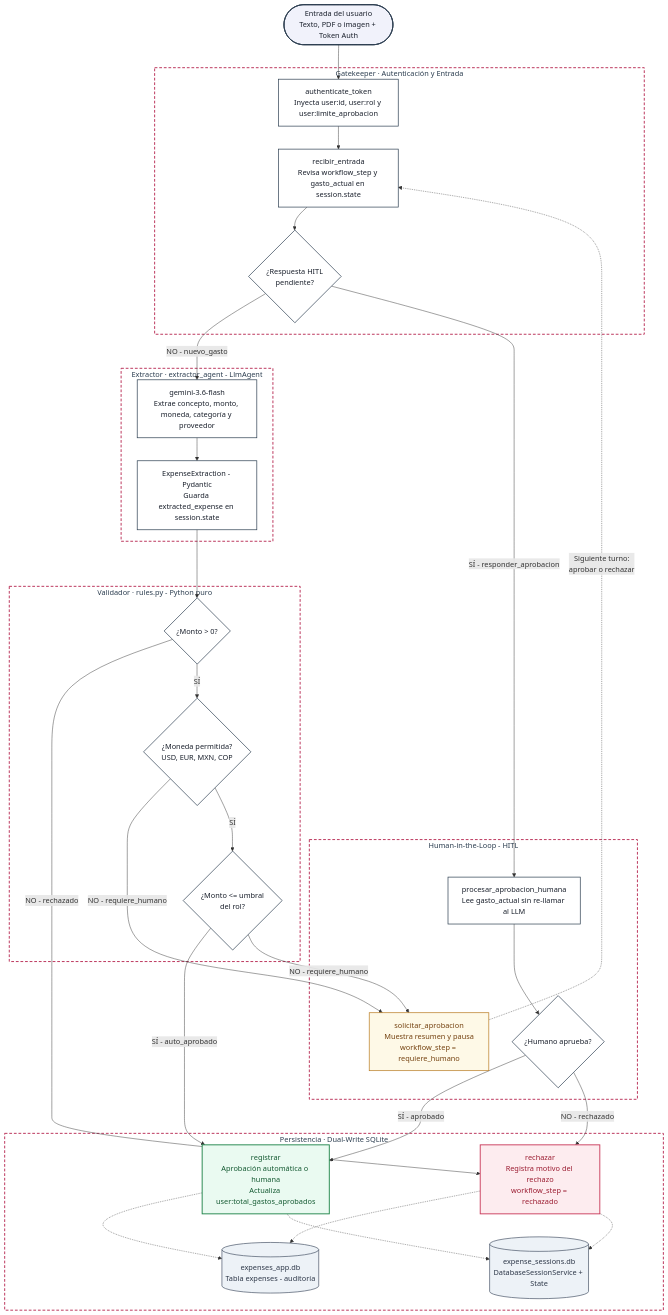
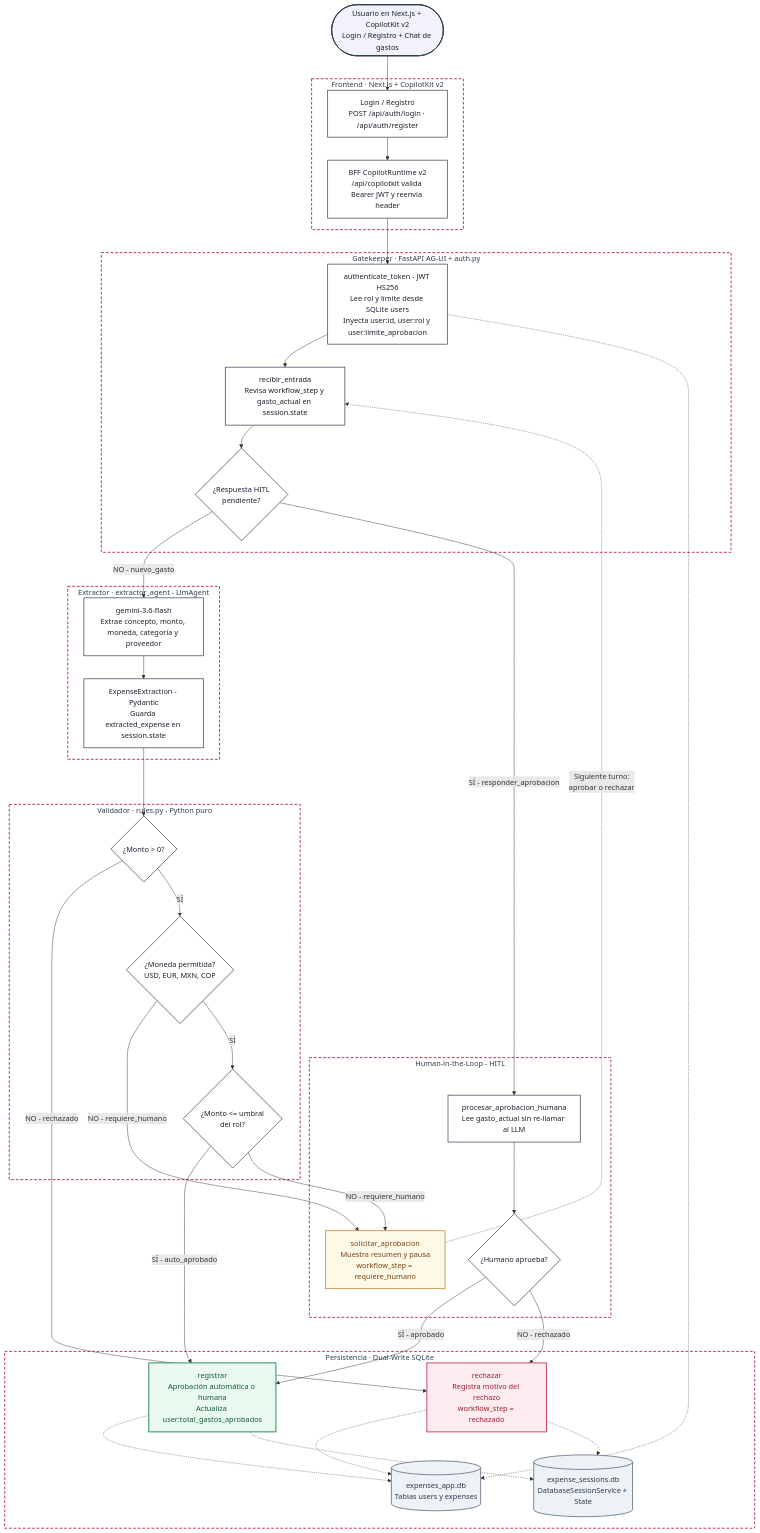
Before and after one commit to sandrarairan/expense-approval-agent: the diagram in README.md, drawn with Mermaid. The commit also changed other lines of this file and 17 other files, not shown here.

Commit message:
Add AG-UI FastAPI server, multi-user SQLite + JWT auth, Next.js CopilotKit v2 frontend, and updated README

````diff
--- a/README.md
+++ b/README.md
@@ -12,9 +14,14 @@
 ```mermaid
 flowchart TD
-    Start(["Entrada del usuario<br/>Texto, PDF o imagen + Token Auth"])
+    Start(["Usuario en Next.js + CopilotKit v2<br/>Login / Registro + Chat de gastos"])
 
-    subgraph AuthEntry["Gatekeeper · Autenticación y Entrada"]
-        Auth["authenticate_token<br/>Inyecta user:id, user:rol y user:limite_aprobacion"]
+    subgraph Frontend["Frontend · Next.js + CopilotKit v2"]
+        LoginUI["Login / Registro<br/>POST /api/auth/login · /api/auth/register"]
+        BffRoute["BFF CopilotRuntime v2<br/>/api/copilotkit valida Bearer JWT y reenvía header"]
+    end
+
+    subgraph AuthEntry["Gatekeeper · FastAPI AG-UI + auth.py"]
+        Auth["authenticate_token - JWT HS256<br/>Lee rol y límite desde SQLite users<br/>Inyecta user:id, user:rol y user:limite_aprobacion"]
         Router["recibir_entrada<br/>Revisa workflow_step y gasto_actual en session.state"]
         IsHitl{"¿Respuesta HITL<br/>pendiente?"}
     end
@@ -39,11 +46,13 @@
     subgraph Persistence["Persistencia · Dual-Write SQLite"]
         ApproveNode["registrar<br/>Aprobación automática o humana<br/>Actualiza user:total_gastos_aprobados"]
         RejectNode["rechazar<br/>Registra motivo del rechazo<br/>workflow_step = rechazado"]
-        AppDB[("expenses_app.db<br/>Tabla expenses - auditoría")]
+        AppDB[("expenses_app.db<br/>Tablas users y expenses")]
         SessionDB[("expense_sessions.db<br/>DatabaseSessionService + State")]
     end
 
-    Start --> Auth --> Router --> IsHitl
+    Start --> LoginUI --> BffRoute --> Auth --> Router --> IsHitl
+
+    Auth -.-> AppDB
 
     IsHitl -->|"NO - nuevo_gasto"| LlmExtract
     LlmExtract --> Schema --> CheckAmount
@@ -75,13 +84,14 @@
     classDef dbStyle fill:#edf2f7,stroke:#4a5568,stroke-width:1.5px,color:#2d3748
 
     class Start startStyle
-    class Auth,Router,LlmExtract,Schema,ProcessHuman actionStyle
+    class LoginUI,BffRoute,Auth,Router,LlmExtract,Schema,ProcessHuman actionStyle
     class IsHitl,CheckAmount,CheckCurrency,CheckLimit,IsApproved decisionStyle
     class AskHuman hitlStyle
     class ApproveNode successStyle
     class RejectNode errorStyle
     class AppDB,SessionDB dbStyle
 
+    style Frontend fill:#ffffff,stroke:#b82952,stroke-width:2px,stroke-dasharray: 6 4,color:#2c3e50
     style AuthEntry fill:#ffffff,stroke:#b82952,stroke-width:2px,stroke-dasharray: 6 4,color:#2c3e50
     style Extractor fill:#ffffff,stroke:#b82952,stroke-width:2px,stroke-dasharray: 6 4,color:#2c3e50
     style Rules fill:#ffffff,stroke:#b82952,stroke-width:2px,stroke-dasharray: 6 4,color:#2c3e50
````
